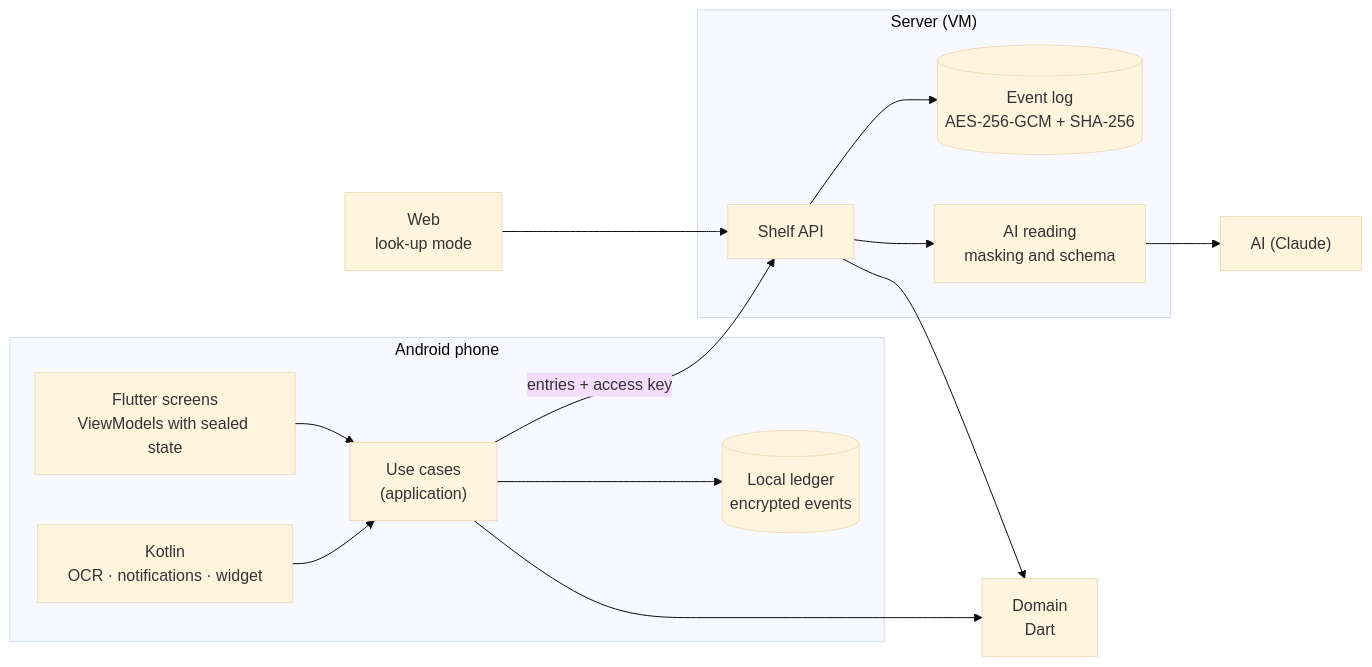
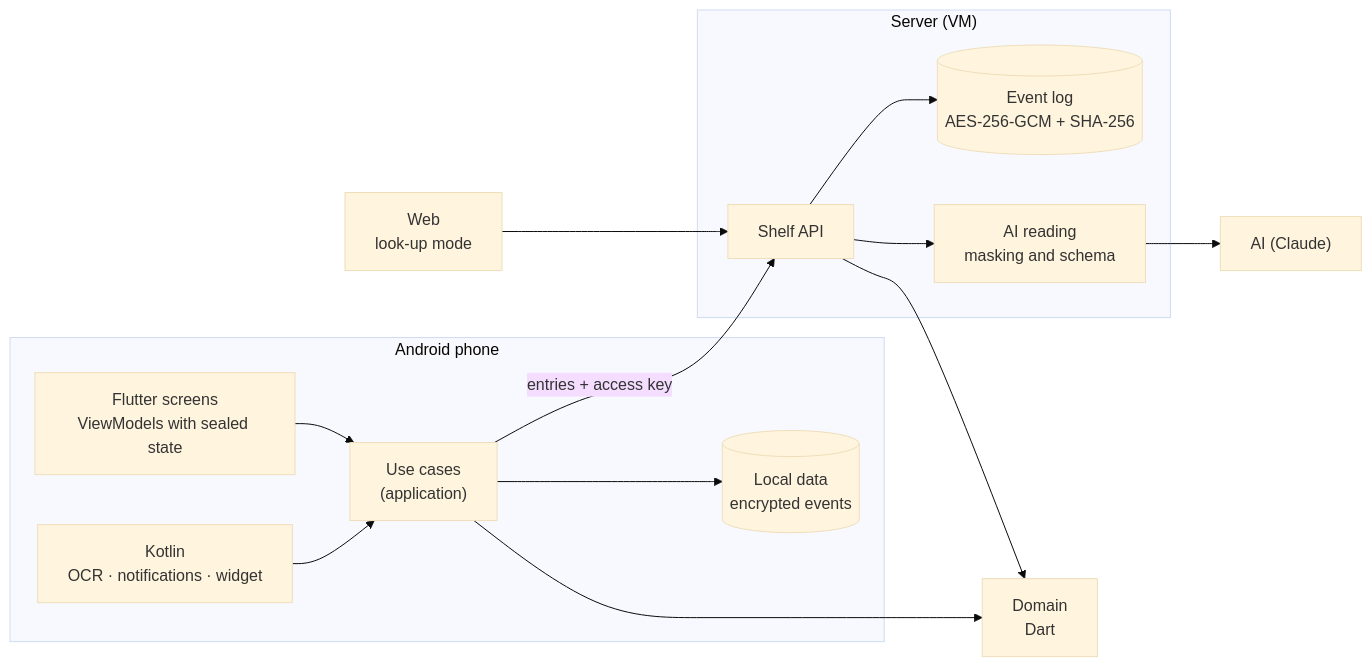
One commit to Marcos-Codfy/finance-cajui changed the first of 2 diagrams in README.en.md. Above: the diagram before and after it, drawn with Mermaid (base theme). The commit also changed other lines of this file and 1 other file, not shown here.

Commit message:
docs(readme): clearer wording for dependency injection, styling and the stored data

````diff
--- a/README.en.md
+++ b/README.en.md
@@ -142,26 +142,26 @@
 ```mermaid
 flowchart LR
   subgraph PHONE["Android phone"]
     UI["Flutter screens<br/>ViewModels with sealed state"]
     APP["Use cases<br/>(application)"]
     NAT["Kotlin<br/>OCR · notifications · widget"]
-    LOG[("Local ledger<br/>encrypted events")]
+    LOG[("Local data<br/>encrypted events")]
   end
   DOM["Domain<br/>Dart"]
   subgraph VM["Server (VM)"]
     API["Shelf API"]
     STORE[("Event log<br/>AES-256-GCM + SHA-256")]
     AI["AI reading<br/>masking and schema"]
   end
   WEB["Web<br/>look-up mode"]
   DS["AI (Claude)"]
 
   UI --> APP --> DOM
   NAT --> APP
   APP --> LOG
   APP -- "entries + access key" --> API
   WEB --> API
   API --> DOM
   API --> STORE
   API --> AI --> DS
 ```
````
